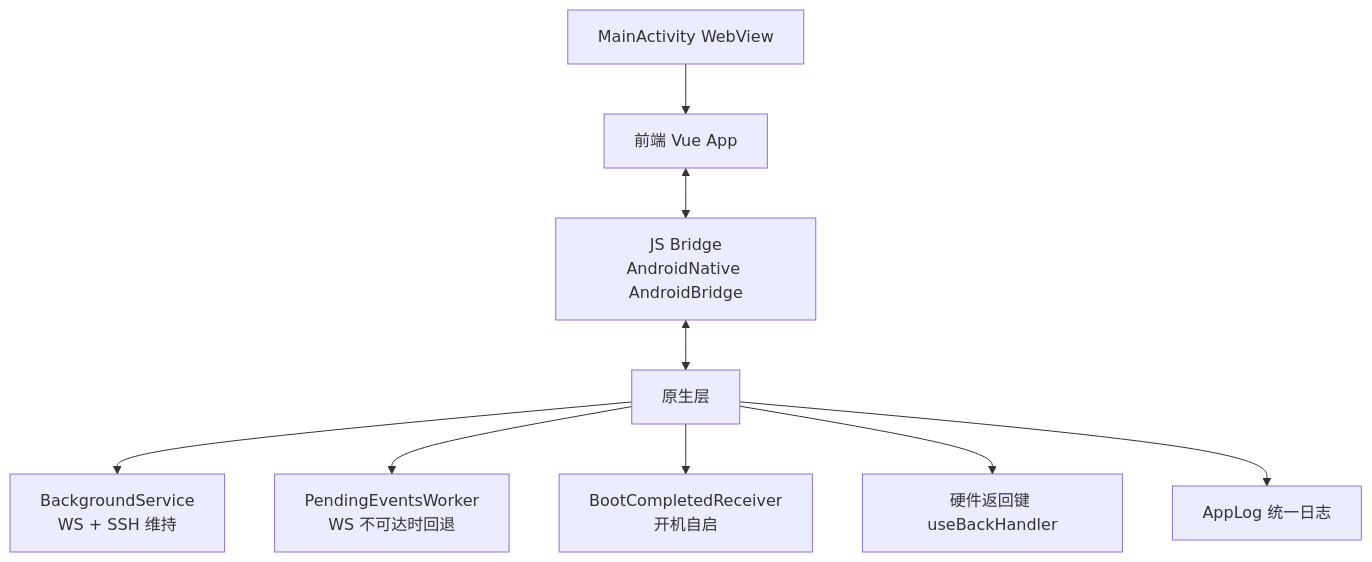
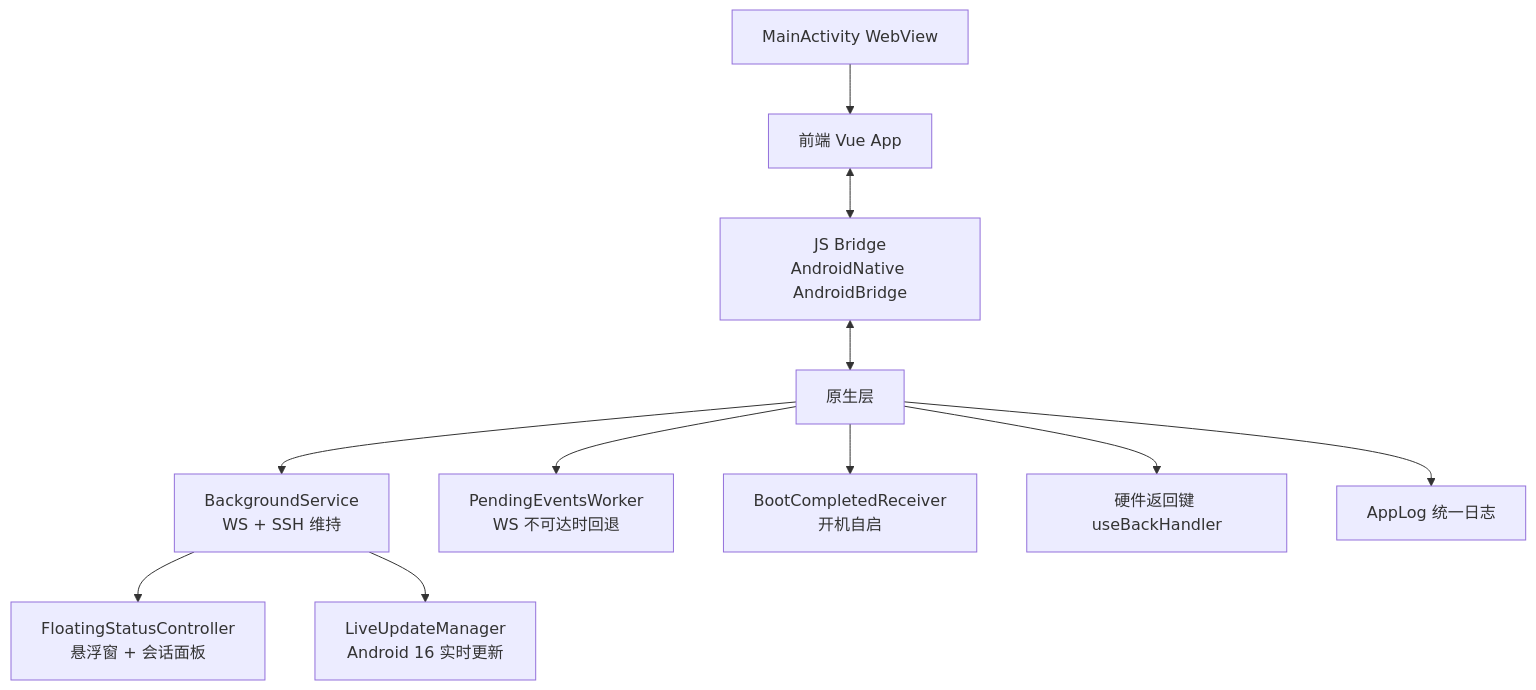
One commit to 0REZ/clawbench changed the first of 4 diagrams in docs/spec/client/android-integration.md. Above: the diagram before and after it, drawn with Mermaid. The commit also changed other lines of this file and 10 other files, not shown here.

````diff
--- a/docs/spec/client/android-integration.md
+++ b/docs/spec/client/android-integration.md
@@ -9,11 +9,13 @@
 ```mermaid
 flowchart TD
     A[MainActivity WebView] --> B[前端 Vue App]
     B <--> C[JS Bridge<br/>AndroidNative AndroidBridge]
     C <--> D[原生层]
     D --> E[BackgroundService<br/>WS + SSH 维持]
     D --> F[PendingEventsWorker<br/>WS 不可达时回退]
     D --> G[BootCompletedReceiver<br/>开机自启]
     D --> I[硬件返回键 useBackHandler]
     D --> J[AppLog 统一日志]
+    E --> K[FloatingStatusController<br/>悬浮窗 + 会话面板]
+    E --> L[LiveUpdateManager<br/>Android 16 实时更新]
 ```
````
